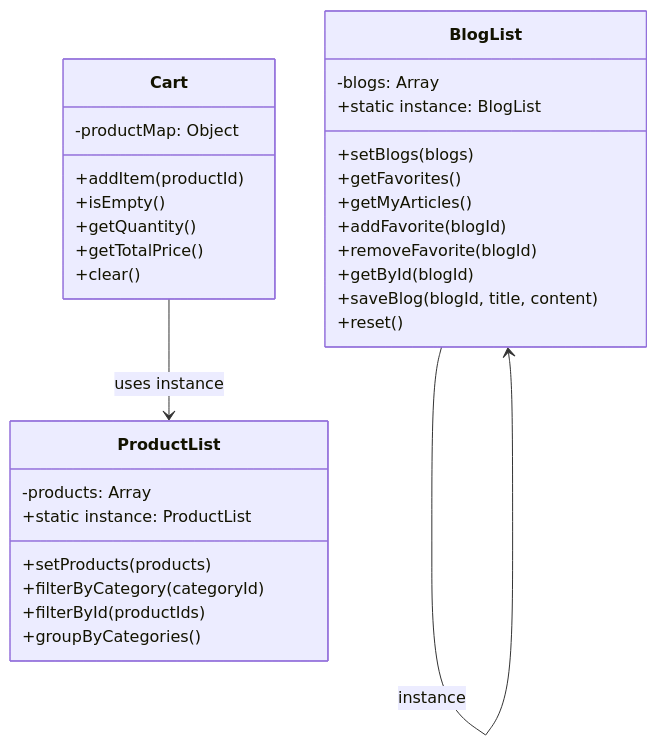
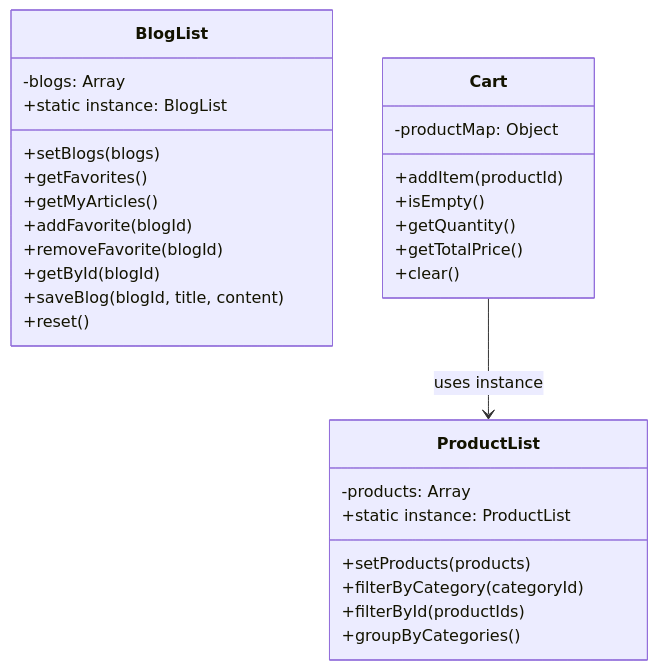
Before and after one commit to rafael1199v/ExamenFinal-AplicacionesWeb: the first of 4 diagrams in README.md, drawn with Mermaid. The commit also changed other lines of this file, not shown here.

````diff
--- a/README.md
+++ b/README.md
@@ -137,36 +135,35 @@
 ```mermaid
 classDiagram
   class BlogList {
     -blogs: Array
     +static instance: BlogList
     +setBlogs(blogs)
     +getFavorites()
     +getMyArticles()
     +addFavorite(blogId)
     +removeFavorite(blogId)
     +getById(blogId)
     +saveBlog(blogId, title, content)
     +reset()
   }
 
   class ProductList {
     -products: Array
     +static instance: ProductList
     +setProducts(products)
     +filterByCategory(categoryId)
     +filterById(productIds)
     +groupByCategories()
   }
 
   class Cart {
     -productMap: Object
     +addItem(productId)
     +isEmpty()
     +getQuantity()
     +getTotalPrice()
     +clear()
   }
 
-  BlogList --> BlogList : instance
   Cart --> ProductList : uses instance
 ```
````
